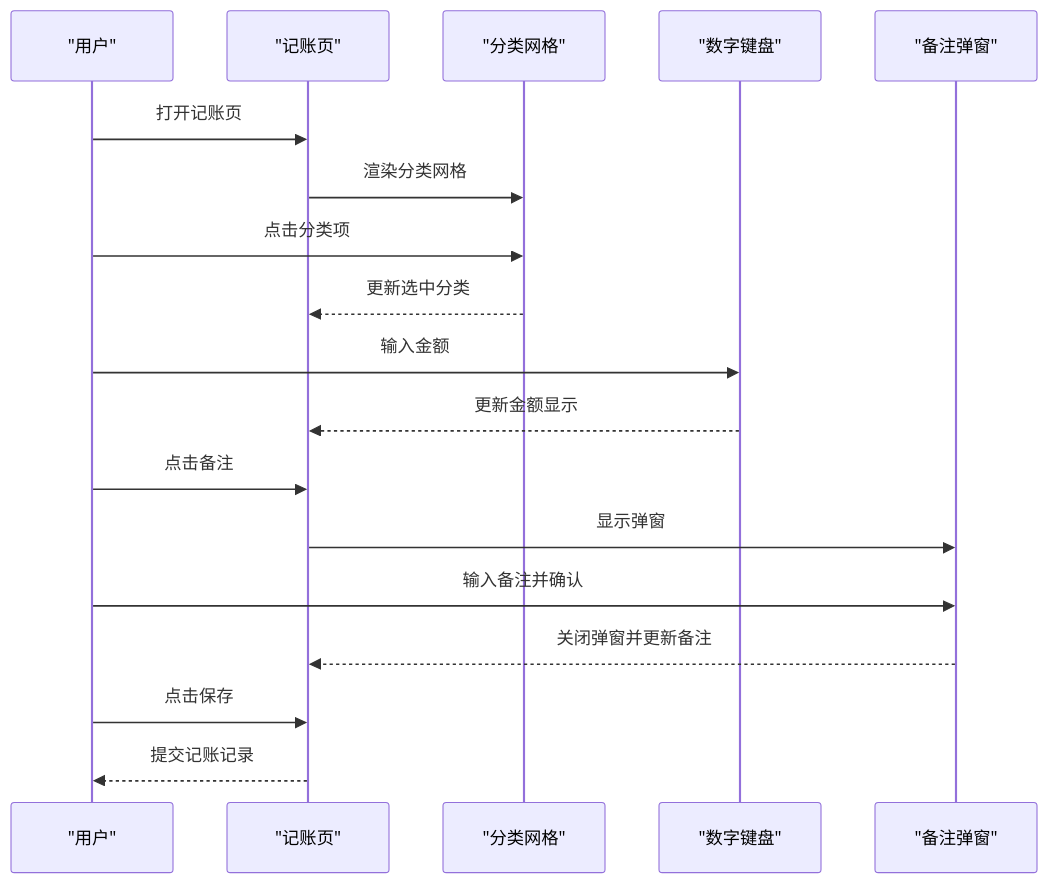
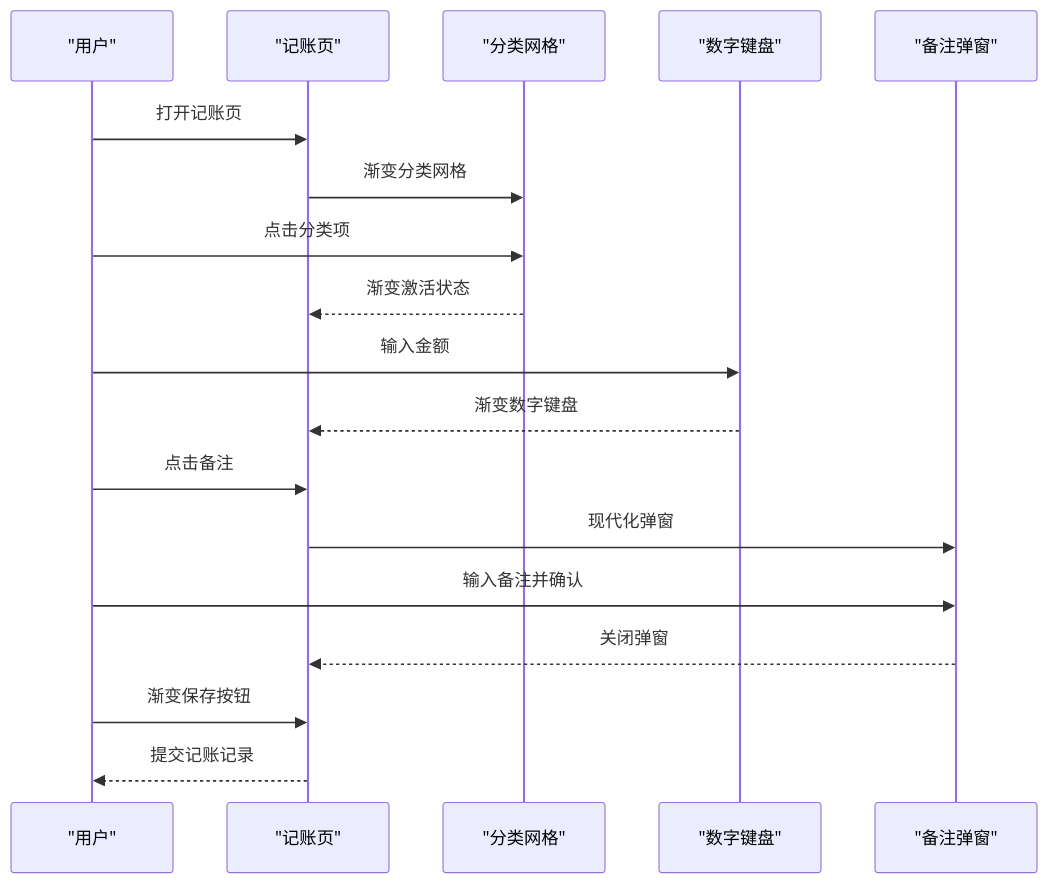
The fifth of 6 diagrams in .qoder/repowiki/zh/content/样式与界面设计.md (shisfish/miaobill), drawn with Mermaid before and after one commit. The commit also changed other lines of this file and 18 other files, not shown here.

````diff
--- a/.qoder/repowiki/zh/content/样式与界面设计.md
+++ b/.qoder/repowiki/zh/content/样式与界面设计.md
@@ -185,20 +206,20 @@
 ```mermaid
 sequenceDiagram
 participant U as "用户"
 participant Page as "记账页"
 participant Grid as "分类网格"
 participant KB as "数字键盘"
 participant Modal as "备注弹窗"
 U->>Page : 打开记账页
-Page->>Grid : 渲染分类网格
+Page->>Grid : 渐变分类网格
 U->>Grid : 点击分类项
-Grid-->>Page : 更新选中分类
+Grid-->>Page : 渐变激活状态
 U->>KB : 输入金额
-KB-->>Page : 更新金额显示
+KB-->>Page : 渐变数字键盘
 U->>Page : 点击备注
-Page->>Modal : 显示弹窗
+Page->>Modal : 现代化弹窗
 U->>Modal : 输入备注并确认
-Modal-->>Page : 关闭弹窗并更新备注
-U->>Page : 点击保存
+Modal-->>Page : 关闭弹窗
+U->>Page : 渐变保存按钮
 Page-->>U : 提交记账记录
 ```
````
